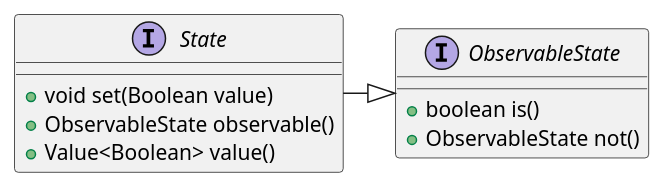
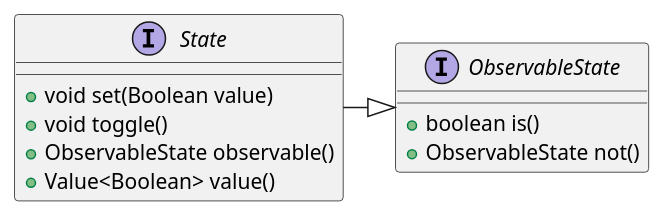
One commit to codion-is/codion changed the third of 3 diagrams in documentation/src/docs/asciidoc/manual/common-core.adoc. Above: the diagram before and after it, drawn with PlantUML. The commit also changed other lines of this file and 18 other files, not shown here.

```diff
--- a/documentation/src/docs/asciidoc/manual/common-core.adoc
+++ b/documentation/src/docs/asciidoc/manual/common-core.adoc
@@ -105,17 +118,18 @@
 [plantuml,state-diagram,svg,align=center]
 -------------------------------------------
 skinparam genericDisplay old
 
 interface State {
     +void set(Boolean value)
+    +void toggle()
     +ObservableState observable()
     +Value<Boolean> value()
 }
 
 interface ObservableState {
     +boolean is()
     +ObservableState not()
 }
 
 State -|> ObservableState
 -------------------------------------------
```
